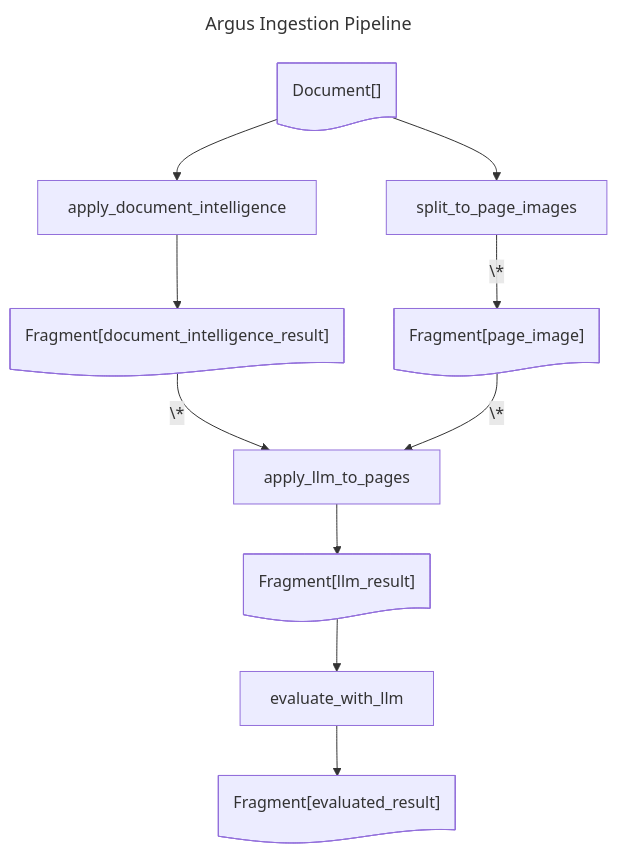
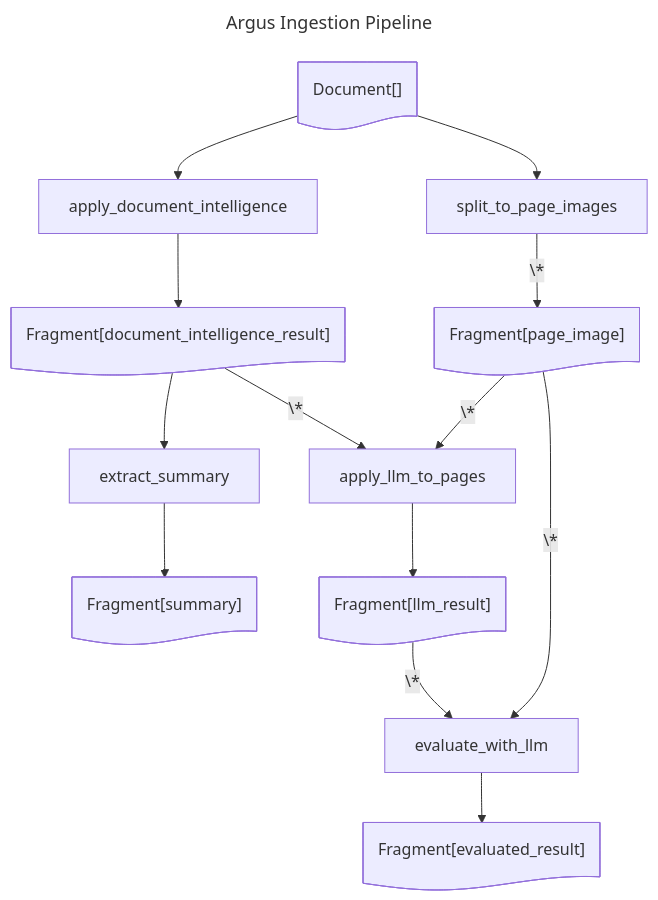
The diagram in examples/argus.md (Azure-Samples/az-ai-catalyst), drawn with Mermaid before and after one commit. The commit also changed 3 other files, not shown here.

````diff
--- a/examples/argus.md
+++ b/examples/argus.md
@@ -1,24 +1,29 @@
 ```mermaid
 ---
 title: Argus Ingestion Pipeline
 ---
 flowchart TD
+    Fragment_summary@{ shape: doc, label: "Fragment[summary]" }
+    Fragment_document_intelligence_result@{ shape: doc, label: "Fragment[document_intelligence_result]" }
+    apply_llm_to_pages@{ shape: rect, label: "apply_llm_to_pages" }
+    split_to_page_images@{ shape: rect, label: "split_to_page_images" }
+    extract_summary@{ shape: rect, label: "extract_summary" }
     apply_document_intelligence@{ shape: rect, label: "apply_document_intelligence" }
-    Fragment_document_intelligence_result@{ shape: doc, label: "Fragment[document_intelligence_result]" }
     Fragment_evaluated_result@{ shape: doc, label: "Fragment[evaluated_result]" }
-    split_to_page_images@{ shape: rect, label: "split_to_page_images" }
+    evaluate_with_llm@{ shape: rect, label: "evaluate_with_llm" }
     Fragment_page_image@{ shape: doc, label: "Fragment[page_image]" }
+    Document_@{ shape: doc, label: "Document[]" }
     Fragment_llm_result@{ shape: doc, label: "Fragment[llm_result]" }
-    Document_@{ shape: doc, label: "Document[]" }
-    evaluate_with_llm@{ shape: rect, label: "evaluate_with_llm" }
-    apply_llm_to_pages@{ shape: rect, label: "apply_llm_to_pages" }
     Document_ --> apply_document_intelligence
     apply_document_intelligence --> Fragment_document_intelligence_result
     Document_ --> split_to_page_images
     split_to_page_images -- \* --> Fragment_page_image
     Fragment_document_intelligence_result -- \* --> apply_llm_to_pages
     Fragment_page_image -- \* --> apply_llm_to_pages
     apply_llm_to_pages --> Fragment_llm_result
-    Fragment_llm_result --> evaluate_with_llm
+    Fragment_document_intelligence_result --> extract_summary
+    extract_summary --> Fragment_summary
+    Fragment_llm_result -- \* --> evaluate_with_llm
+    Fragment_page_image -- \* --> evaluate_with_llm
     evaluate_with_llm --> Fragment_evaluated_result
 ```
````
